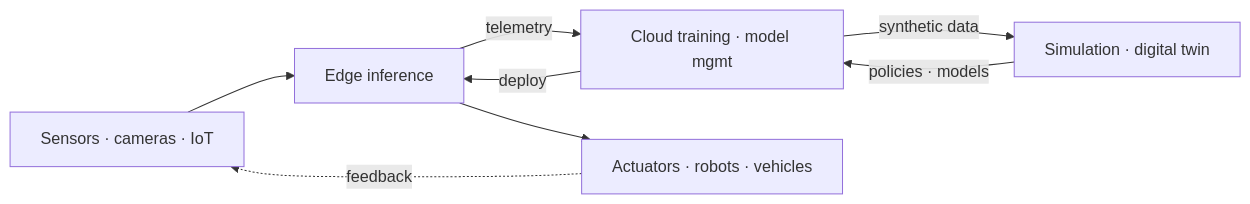
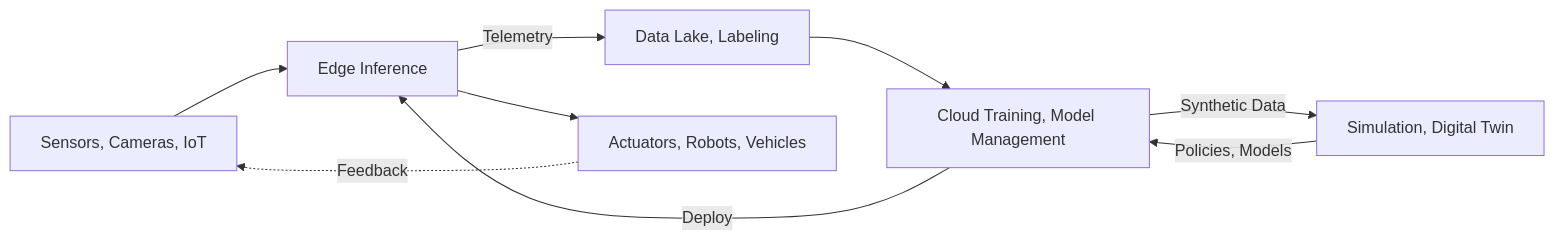
The diagram in src/content/docs/en/ai/physical-ai.md (cloudpickr/cloudpick-docs), drawn with Mermaid before and after one commit. The commit also changed other lines of this file and 2 other files, not shown here.

````diff
--- a/src/content/docs/en/ai/physical-ai.md
+++ b/src/content/docs/en/ai/physical-ai.md
@@ -14,10 +14,11 @@
 ```mermaid
 flowchart LR
-    S[Sensors · cameras · IoT] --> E[Edge inference]
-    E -->|telemetry| C[Cloud training · model mgmt]
-    C -->|synthetic data| SIM[Simulation · digital twin]
-    SIM -->|policies · models| C
-    C -->|deploy| E
-    E --> A[Actuators · robots · vehicles]
-    A -.feedback.-> S
+    S[Sensors, Cameras, IoT] --> E[Edge Inference]
+    E -->|Telemetry| D[Data Lake, Labeling]
+    D --> C[Cloud Training, Model Management]
+    C -->|Synthetic Data| SIM[Simulation, Digital Twin]
+    SIM -->|Policies, Models| C
+    C -->|Deploy| E
+    E --> A[Actuators, Robots, Vehicles]
+    A -.Feedback.-> S
 ```
````
